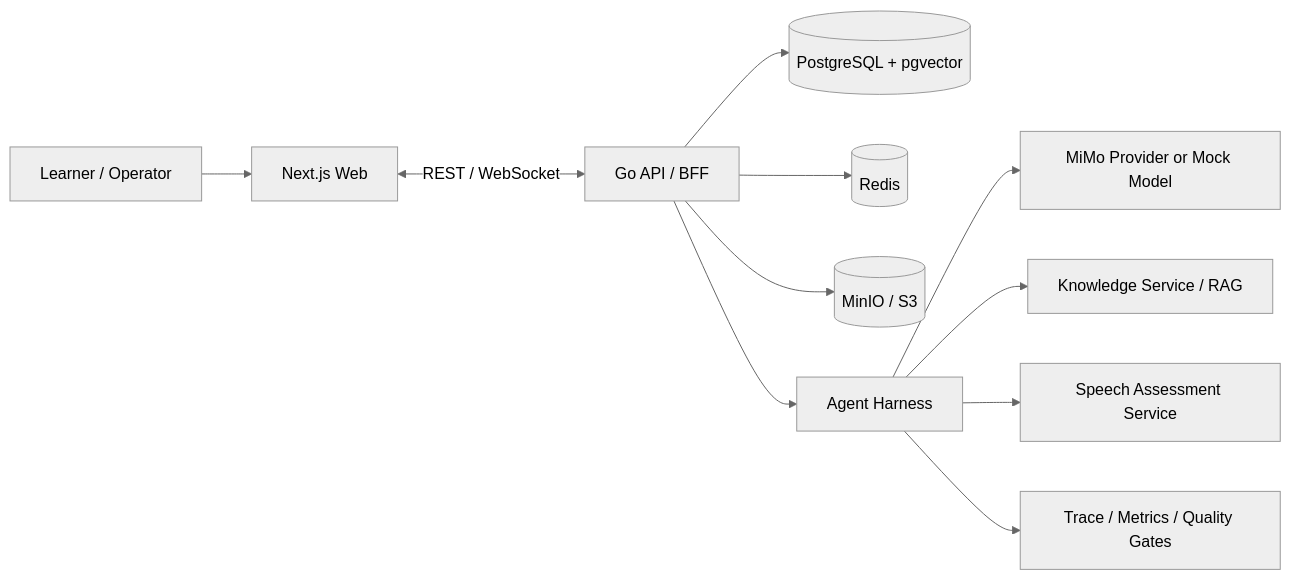
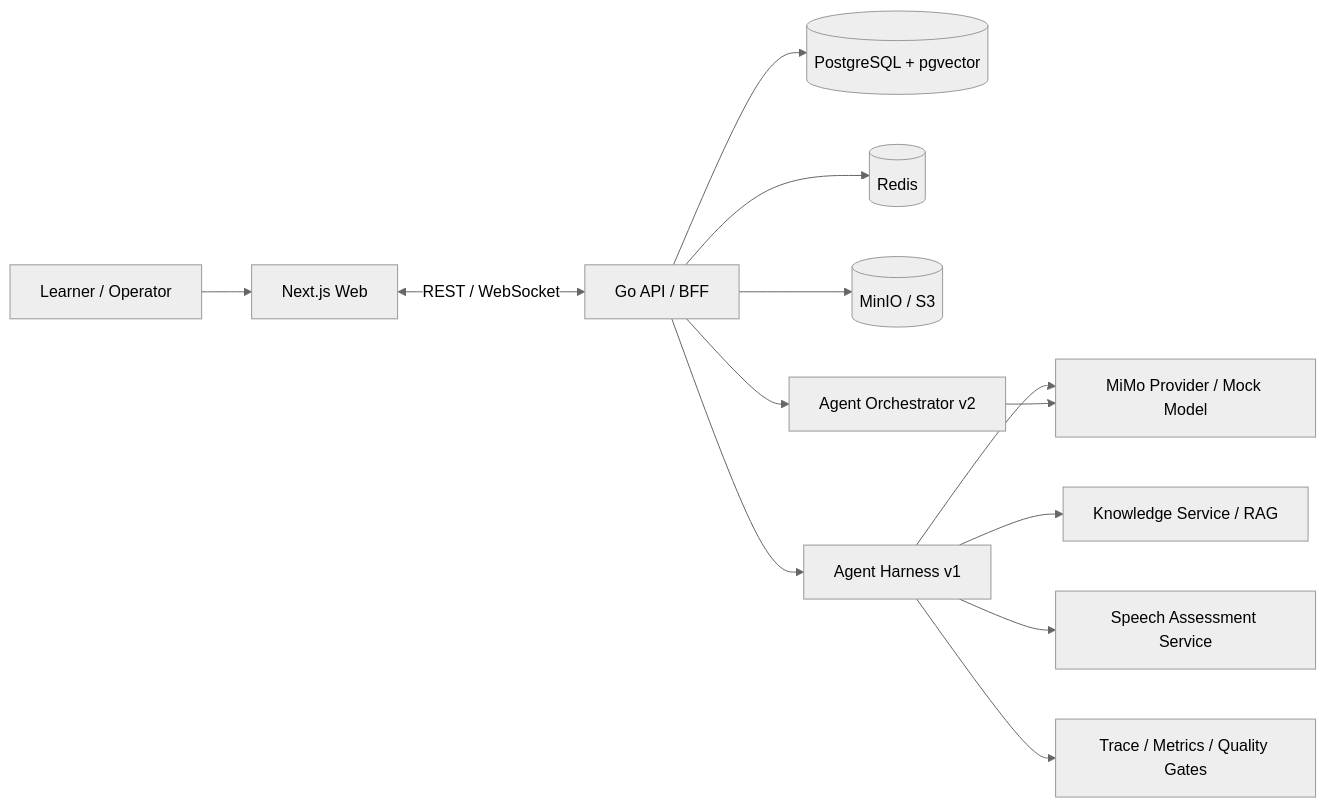
One commit to bycainiu/ielts-speaking changed the diagram in README.md. Above: the diagram before and after it, drawn with Mermaid (neutral theme). The commit also changed other lines of this file and 5 other files, not shown here.

````diff
--- a/README.md
+++ b/README.md
@@ -21,13 +35,15 @@
 ```mermaid
 flowchart LR
   U["Learner / Operator"] --> W["Next.js Web"]
   W <-->|"REST / WebSocket"| G["Go API / BFF"]
   G --> PG[("PostgreSQL + pgvector")]
   G --> R[("Redis")]
   G --> S3[("MinIO / S3")]
-  G --> A["Agent Harness"]
-  A --> M["MiMo Provider or Mock Model"]
+  G --> A["Agent Harness v1"]
+  G --> AO["Agent Orchestrator v2"]
+  A --> M["MiMo Provider / Mock Model"]
+  AO --> M
   A --> K["Knowledge Service / RAG"]
   A --> SA["Speech Assessment Service"]
   A --> T["Trace / Metrics / Quality Gates"]
 ```
````
